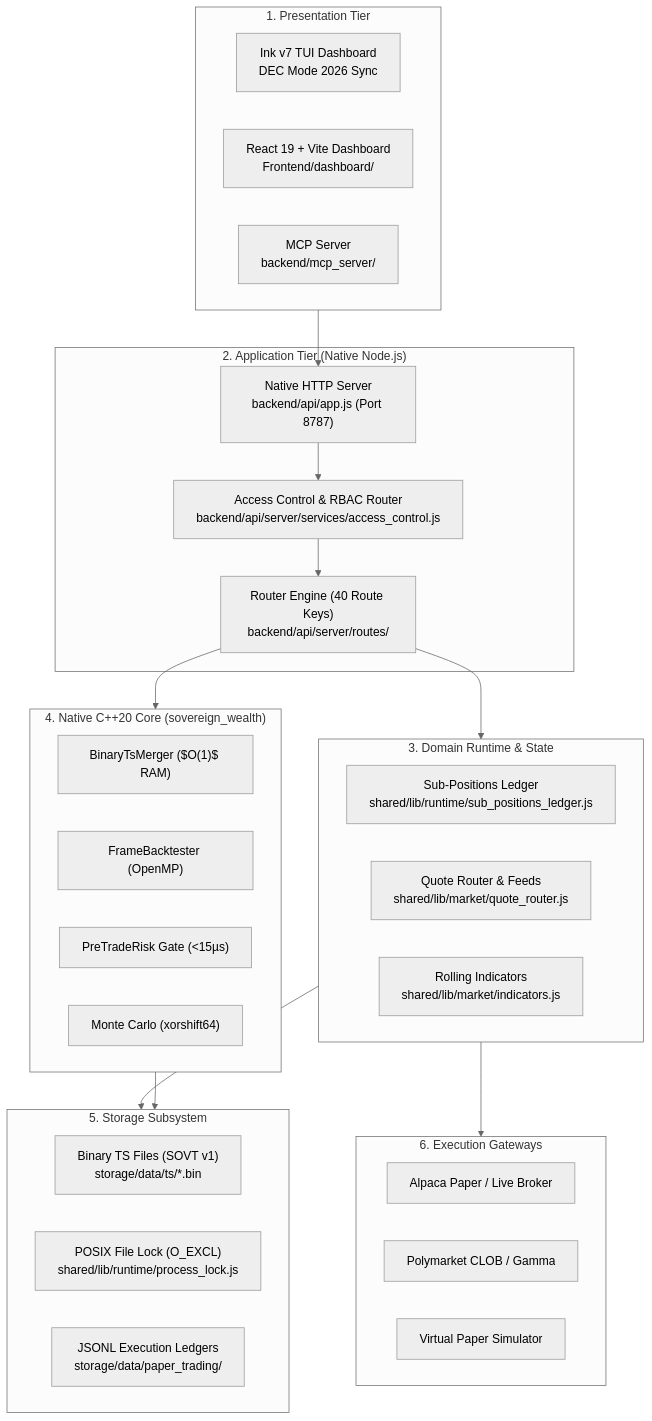
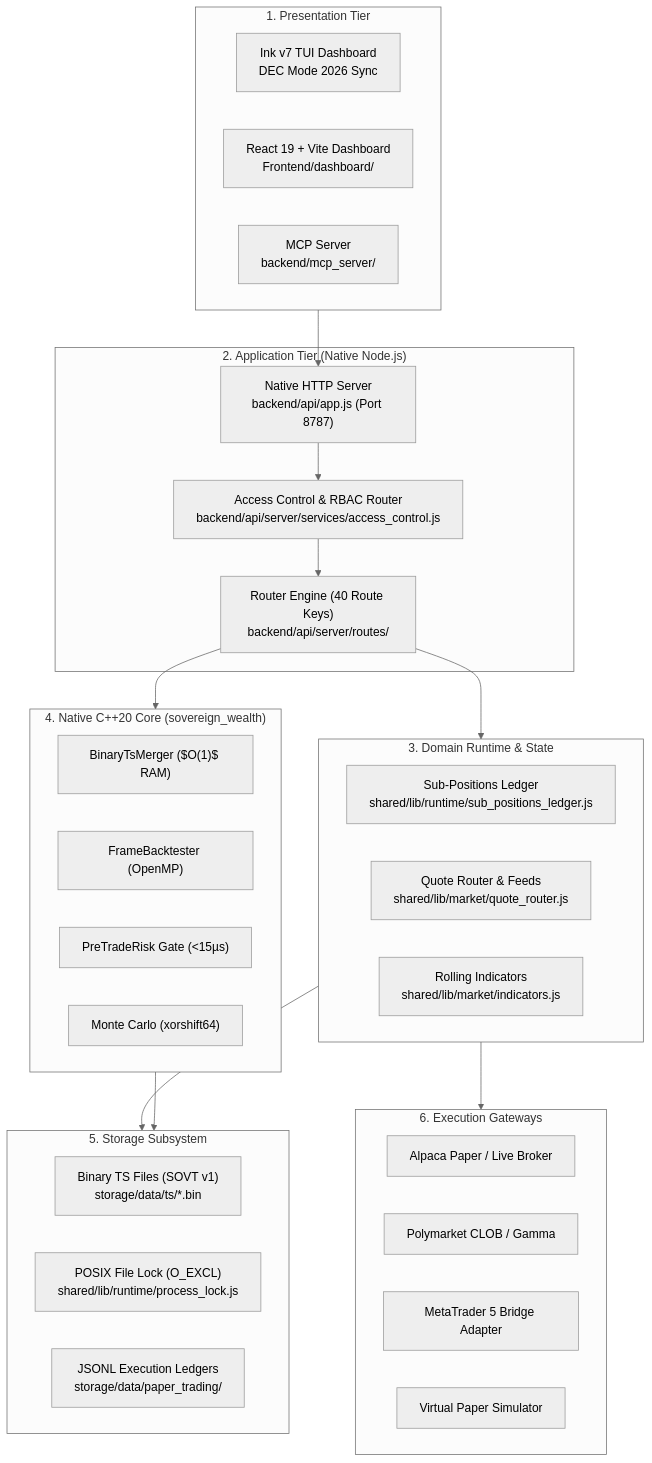
Before and after one commit to vgbn2/personal_finance_draft: the first of 2 diagrams in docs/engineering/specs/technical_spec.md, drawn with Mermaid (neutral theme). The commit also changed other lines of this file and 26 other files, not shown here.

````diff
--- a/docs/engineering/specs/technical_spec.md
+++ b/docs/engineering/specs/technical_spec.md
@@ -9,48 +9,49 @@
 ```mermaid
 flowchart TD
     subgraph Tier1["1. Presentation Tier"]
         TUI["Ink v7 TUI Dashboard<br/>DEC Mode 2026 Sync"]
         VITE["React 19 + Vite Dashboard<br/>Frontend/dashboard/"]
         MCP["MCP Server<br/>backend/mcp_server/"]
     end
 
     subgraph Tier2["2. Application Tier (Native Node.js)"]
         HTTP["Native HTTP Server<br/>backend/api/app.js (Port 8787)"]
         ROUTER["Router Engine (40 Route Keys)<br/>backend/api/server/routes/"]
         RBAC["Access Control & RBAC Router<br/>backend/api/server/services/access_control.js"]
     end
 
     subgraph Tier3["3. Domain Runtime & State"]
         SUBPOS["Sub-Positions Ledger<br/>shared/lib/runtime/sub_positions_ledger.js"]
         QUOTE["Quote Router & Feeds<br/>shared/lib/market/quote_router.js"]
         IND["Rolling Indicators<br/>shared/lib/market/indicators.js"]
     end
 
     subgraph Tier4["4. Native C++20 Core (sovereign_wealth)"]
         MERGE["BinaryTsMerger ($O(1)$ RAM)"]
         BACKTEST["FrameBacktester (OpenMP)"]
         RISK["PreTradeRisk Gate (<15µs)"]
         STATS["Monte Carlo (xorshift64)"]
     end
 
     subgraph Tier5["5. Storage Subsystem"]
         BIN["Binary TS Files (SOVT v1)<br/>storage/data/ts/*.bin"]
         LOCK["POSIX File Lock (O_EXCL)<br/>shared/lib/runtime/process_lock.js"]
         JSONL["JSONL Execution Ledgers<br/>storage/data/paper_trading/"]
     end
 
     subgraph Tier6["6. Execution Gateways"]
         ALPACA["Alpaca Paper / Live Broker"]
         POLY["Polymarket CLOB / Gamma"]
+        MT5["MetaTrader 5 Bridge Adapter"]
         PAPER["Virtual Paper Simulator"]
     end
 
     Tier1 --> HTTP
     HTTP --> RBAC
     RBAC --> ROUTER
     ROUTER --> Tier3
     ROUTER --> Tier4
     Tier3 --> Tier5
     Tier4 --> Tier5
     Tier3 --> Tier6
 ```
````
